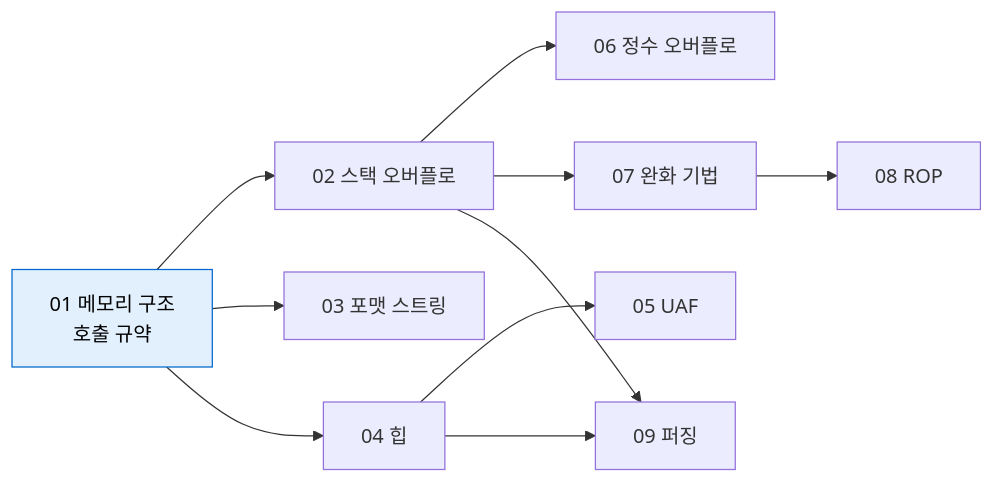
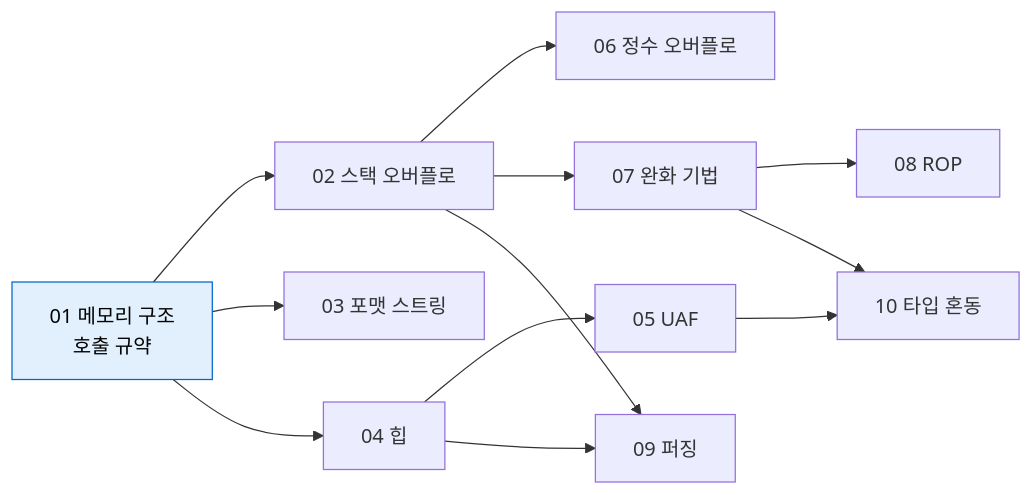
Before and after one commit to anthonynoh5202/anthonynoh: the diagram in books/vmc-bible/src/vol2-tech/part4-binary/00-overview.md, drawn with Mermaid. The commit also changed other lines of this file and 6 other files, not shown here.

````diff
--- a/books/vmc-bible/src/vol2-tech/part4-binary/00-overview.md
+++ b/books/vmc-bible/src/vol2-tech/part4-binary/00-overview.md
@@ -29,13 +29,15 @@
 ```mermaid
 flowchart LR
     B["01 메모리 구조<br/>호출 규약"] --> S["02 스택 오버플로"]
     B --> F["03 포맷 스트링"]
     B --> H["04 힙"]
     H --> U["05 UAF"]
     S --> I["06 정수 오버플로"]
     S --> M["07 완화 기법"]
     M --> R["08 ROP"]
     S --> Z["09 퍼징"]
     H --> Z
+    U --> T["10 타입 혼동"]
+    M --> T
     style B fill:#e2f0fd,stroke:#06c,color:#000
 ```
````
